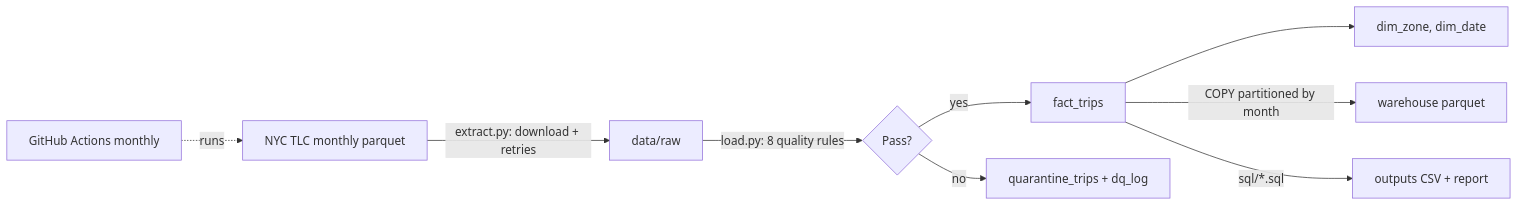
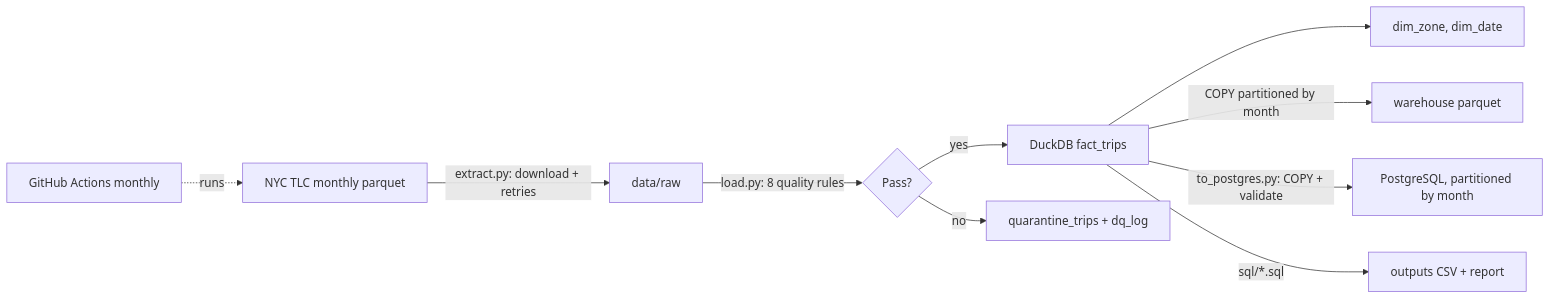
The diagram in README.md (f20220970-debug/trip-data-pipeline), drawn with Mermaid before and after one commit. The commit also changed other lines of this file and 15 other files, not shown here.

Commit message:
Add month-partitioned PostgreSQL warehouse with validation

````diff
--- a/README.md
+++ b/README.md
@@ -10,11 +10,12 @@
 ```mermaid
 flowchart LR
     A["NYC TLC monthly parquet"] -->|"extract.py: download + retries"| B["data/raw"]
     B -->|"load.py: 8 quality rules"| C{"Pass?"}
-    C -->|"yes"| D["fact_trips"]
+    C -->|"yes"| D["DuckDB fact_trips"]
     C -->|"no"| E["quarantine_trips + dq_log"]
     D --> F["dim_zone, dim_date"]
     D -->|"COPY partitioned by month"| G["warehouse parquet"]
+    D -->|"to_postgres.py: COPY + validate"| P["PostgreSQL, partitioned by month"]
     D -->|"sql/*.sql"| H["outputs CSV + report"]
     I["GitHub Actions monthly"] -.->|"runs"| A
 ```
````
